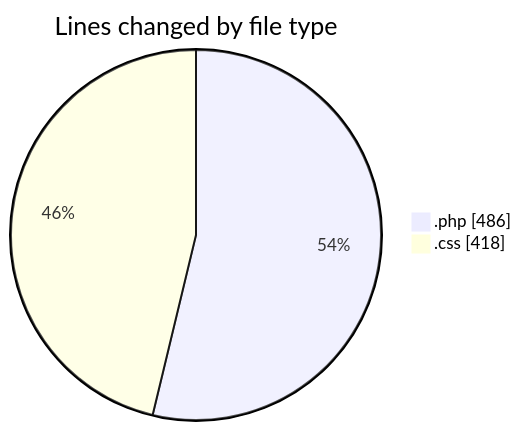
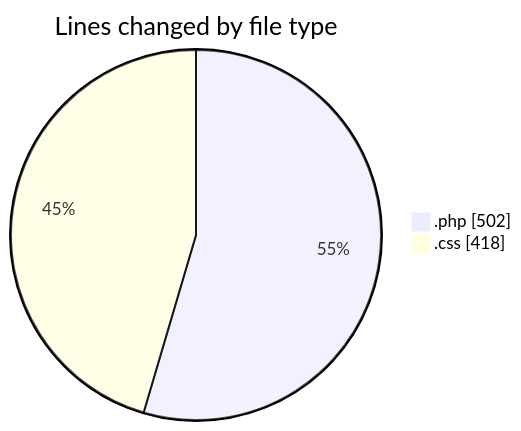
The first of 2 diagrams in 2025-04-22/web/README.md (LanceThiago/code-tracking), drawn with Mermaid before and after one commit. The commit also changed other lines of this file and 1 other file, not shown here.

````diff
--- a/2025-04-22/web/README.md
+++ b/2025-04-22/web/README.md
@@ -24,6 +24,6 @@
 ```mermaid
 pie showData
 title Lines changed by file type
-".php" : 486
+".php" : 502
 ".css" : 418
 ```
````
